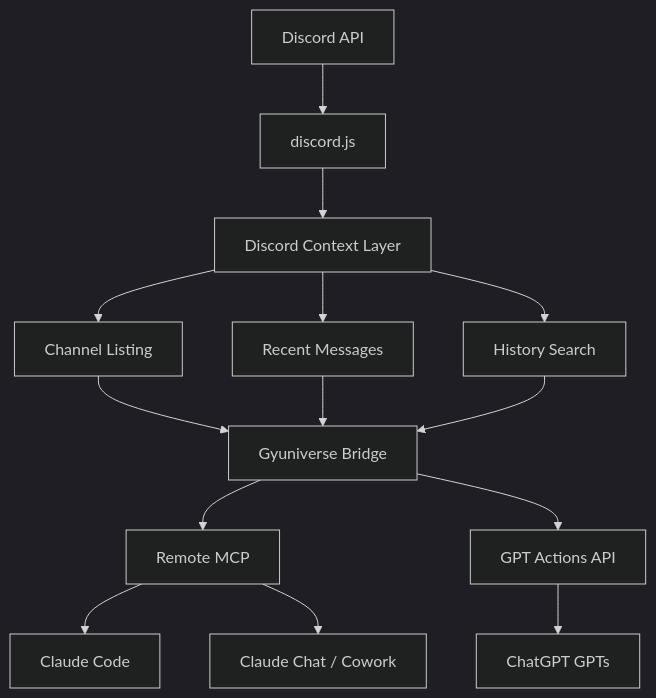
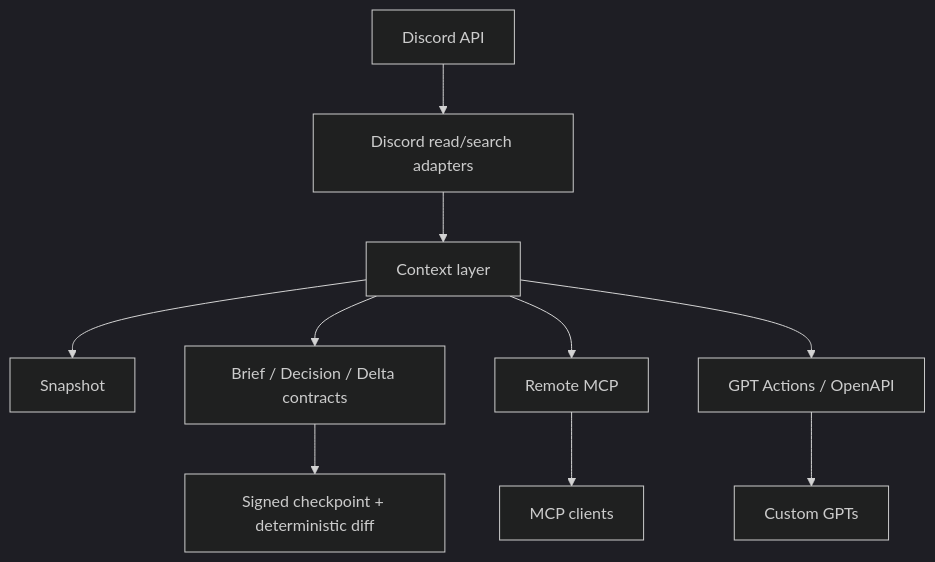
One commit to 4hglee-ops/gyuniverse-discord-bridge changed the diagram in README.md. Above: the diagram before and after it, drawn with Mermaid (dark theme). The commit also changed other lines of this file and 14 other files, not shown here.

````diff
--- a/README.md
+++ b/README.md
@@ -284,16 +228,12 @@
 ```mermaid
 flowchart TD
-    D[Discord API] --> B[discord.js]
-    B --> C[Discord Context Layer]
-    C --> L[Channel Listing]
-    C --> R[Recent Messages]
-    C --> S[History Search]
-    L --> G[Gyuniverse Bridge]
-    R --> G
-    S --> G
-    G --> M[Remote MCP]
-    G --> A[GPT Actions API]
-    M --> CC[Claude Code]
-    M --> CH[Claude Chat / Cowork]
-    A --> GPT[ChatGPT GPTs]
+    D[Discord API] --> R[Discord read/search adapters]
+    R --> C[Context layer]
+    C --> S[Snapshot]
+    C --> B[Brief / Decision / Delta contracts]
+    B --> K[Signed checkpoint + deterministic diff]
+    C --> M[Remote MCP]
+    C --> A[GPT Actions / OpenAPI]
+    M --> MC[MCP clients]
+    A --> GPT[Custom GPTs]
 ```
````
